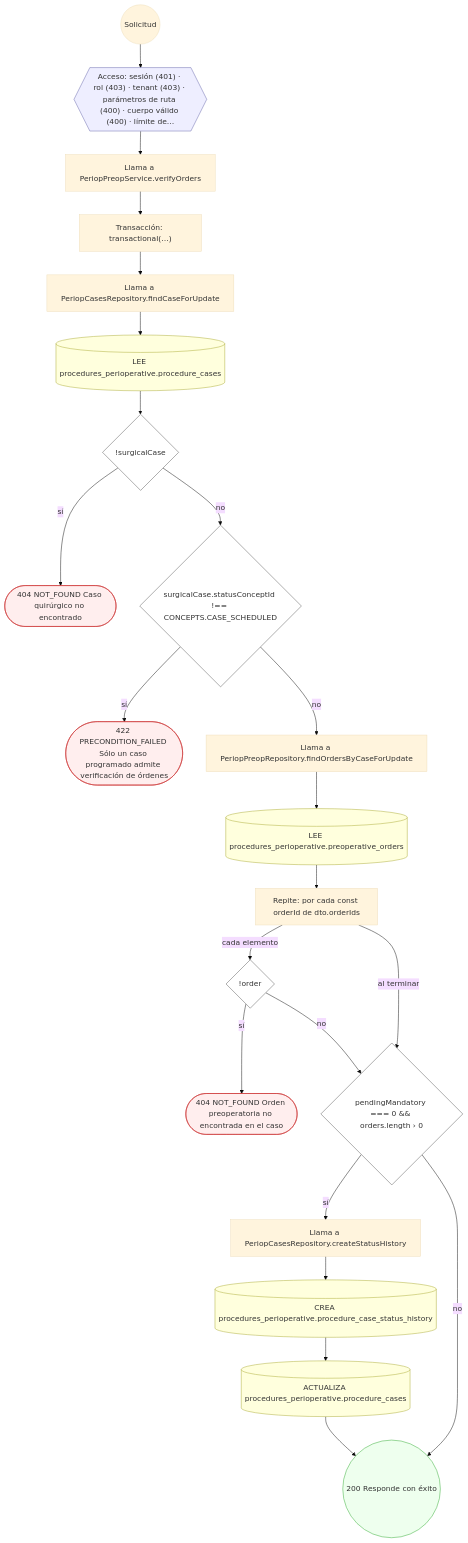
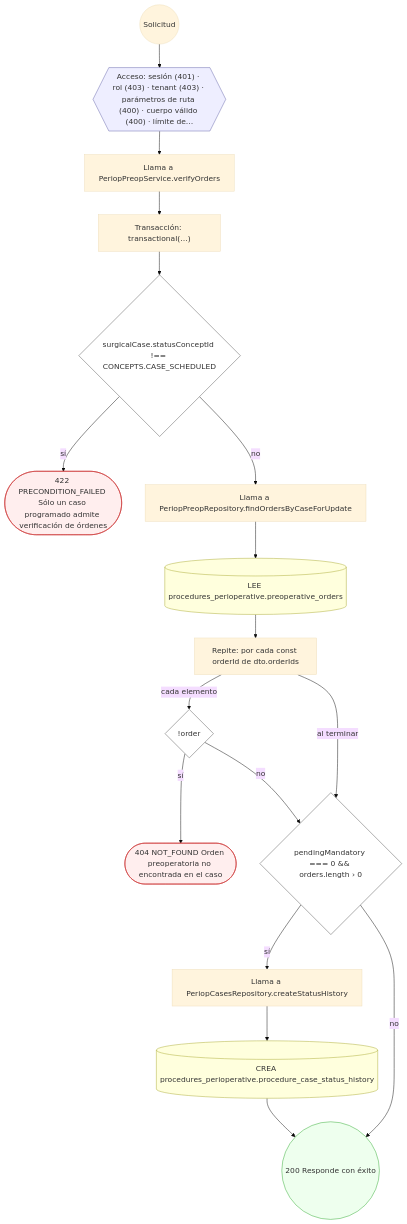
One commit to mdavila-2001/mantra-core-health-api changed diagram 25 of 30 in docs/inventario/flujos/procedures_perioperative.md. Above: the diagram before and after it, drawn with Mermaid (base theme). The commit also changed other lines of this file and 438 other files, not shown here.

````diff
--- a/docs/inventario/flujos/procedures_perioperative.md
+++ b/docs/inventario/flujos/procedures_perioperative.md
@@ -2262,50 +2214,40 @@
 ```mermaid
 flowchart TD
   n1(("Solicitud")):::inicio
   n2{{"Acceso: sesión (401) · rol (403) · tenant (403) · parámetros de ruta (400) · cuerpo válido (400) · límite de…"}}:::acceso
   n1 --> n2
   n3["Llama a PeriopPreopService.verifyOrders"]:::llamada
   n2 --> n3
   n4["Transacción: transactional(…)"]:::transaccion
   n3 --> n4
-  n5["Llama a PeriopCasesRepository.findCaseForUpdate"]:::llamada
+  n5{"surgicalCase.statusConceptId !== CONCEPTS.CASE_SCHEDULED"}:::decision
   n4 --> n5
-  n6[("LEE procedures_perioperative.procedure_cases")]:::efecto
-  n5 --> n6
-  n7{"!surgicalCase"}:::decision
-  n6 --> n7
-  n8(["404 NOT_FOUND Caso quirúrgico no encontrado"]):::error
-  n7 -->|"sí"| n8
-  n9{"surgicalCase.statusConceptId !== CONCEPTS.CASE_SCHEDULED"}:::decision
-  n7 -->|"no"| n9
-  n10(["422 PRECONDITION_FAILED Sólo un caso programado admite verificación de órdenes"]):::error
-  n9 -->|"sí"| n10
-  n11["Llama a PeriopPreopRepository.findOrdersByCaseForUpdate"]:::llamada
-  n9 -->|"no"| n11
-  n12[("LEE procedures_perioperative.preoperative_orders")]:::efecto
-  n11 --> n12
-  n13["Repite: por cada const orderId de dto.orderIds"]:::bucle
-  n12 --> n13
-  n14{"!order"}:::decision
-  n13 -->|"cada elemento"| n14
-  n15(["404 NOT_FOUND Orden preoperatoria no encontrada en el caso"]):::error
-  n14 -->|"sí"| n15
-  n16{"pendingMandatory === 0 && orders.length › 0"}:::decision
-  n14 -->|"no"| n16
-  n13 -->|"al terminar"| n16
-  n17["Llama a PeriopCasesRepository.createStatusHistory"]:::llamada
-  n16 -->|"sí"| n17
-  n18[("CREA procedures_perioperative.procedure_case_status_history")]:::efecto
-  n17 --> n18
-  n19[("ACTUALIZA procedures_perioperative.procedure_cases")]:::efecto
-  n18 --> n19
-  n20(("200 Responde con éxito")):::ok
-  n19 --> n20
-  n16 -->|"no"| n20
+  n6(["422 PRECONDITION_FAILED Sólo un caso programado admite verificación de órdenes"]):::error
+  n5 -->|"sí"| n6
+  n7["Llama a PeriopPreopRepository.findOrdersByCaseForUpdate"]:::llamada
+  n5 -->|"no"| n7
+  n8[("LEE procedures_perioperative.preoperative_orders")]:::efecto
+  n7 --> n8
+  n9["Repite: por cada const orderId de dto.orderIds"]:::bucle
+  n8 --> n9
+  n10{"!order"}:::decision
+  n9 -->|"cada elemento"| n10
+  n11(["404 NOT_FOUND Orden preoperatoria no encontrada en el caso"]):::error
+  n10 -->|"sí"| n11
+  n12{"pendingMandatory === 0 && orders.length › 0"}:::decision
+  n10 -->|"no"| n12
+  n9 -->|"al terminar"| n12
+  n13["Llama a PeriopCasesRepository.createStatusHistory"]:::llamada
+  n12 -->|"sí"| n13
+  n14[("CREA procedures_perioperative.procedure_case_status_history")]:::efecto
+  n13 --> n14
+  n15(("200 Responde con éxito")):::ok
+  n14 --> n15
+  n12 -->|"no"| n15
   classDef acceso fill:#eef,stroke:#66a
   classDef error fill:#fee,stroke:#c33
   classDef ok fill:#efe,stroke:#3a3
   classDef efecto fill:#ffd,stroke:#aa3
   classDef decision fill:#fff,stroke:#555
   classDef corte fill:#eee,stroke:#999,stroke-dasharray: 4
 ```
````
